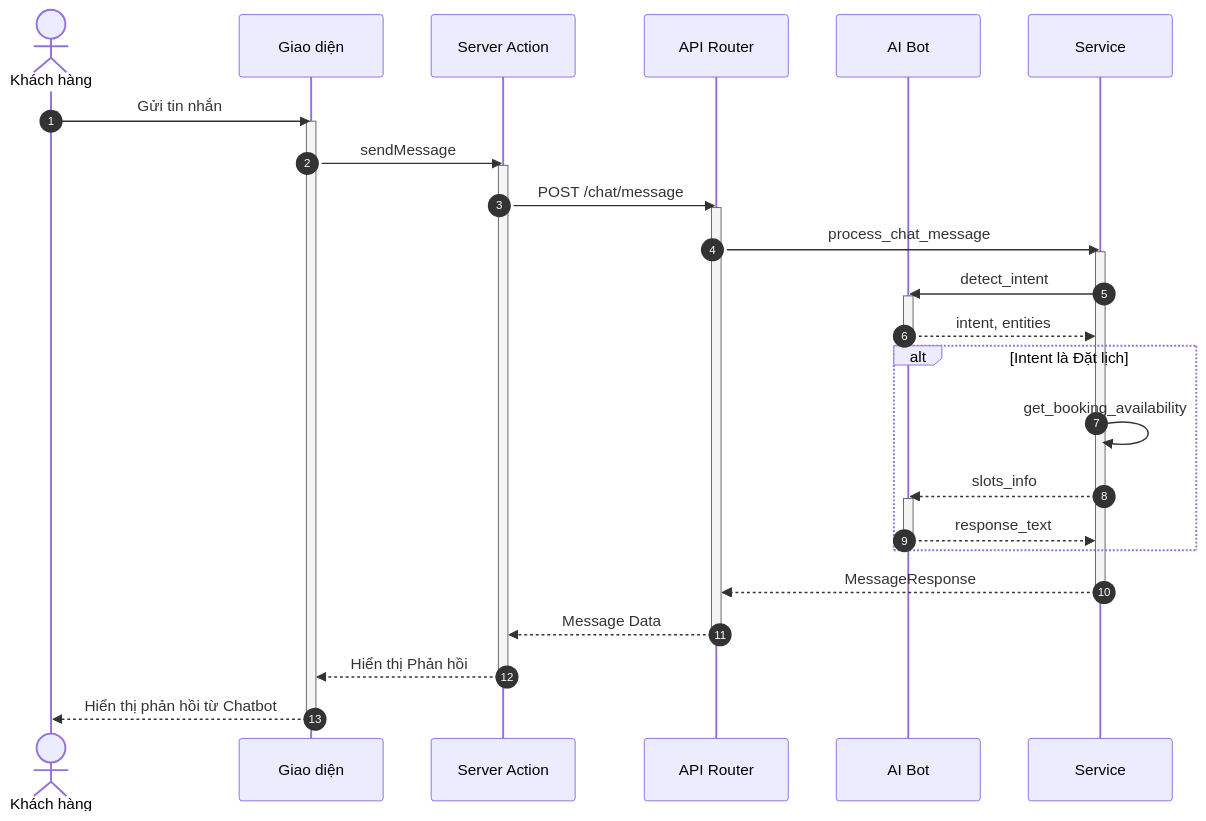
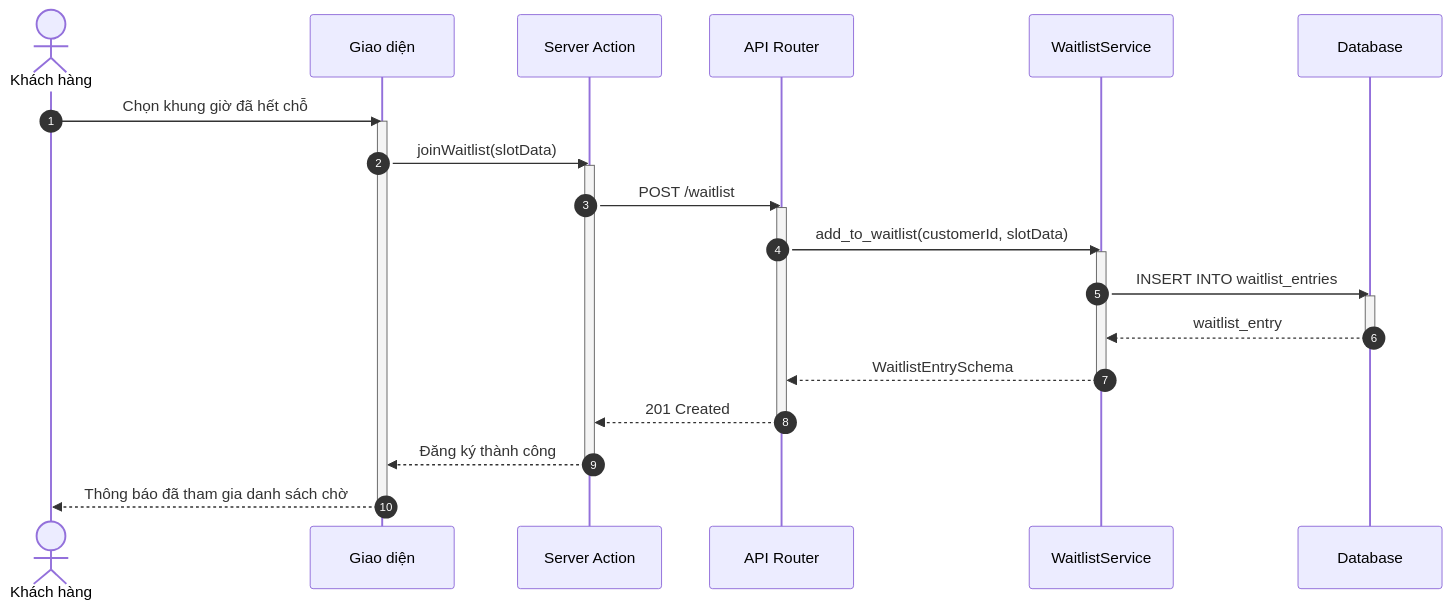
One commit to ngoctinn/Synapse changed the fifth of 9 diagrams in docs/design/sequences/customer_flows.md. Above: the diagram before and after it, drawn with Mermaid. The commit also changed other lines of this file and 11 other files, not shown here.

Commit message:
docs: Add initial design documentation, including architecture, UI, use cases, and detailed sequence diagrams for various user flows.

````diff
--- a/docs/design/sequences/customer_flows.md
+++ b/docs/design/sequences/customer_flows.md
@@ -218,46 +217,38 @@
 ```mermaid
 sequenceDiagram
     autonumber
     actor KH as Khách hàng
     participant UI as Giao diện
     participant BFF as Server Action
     participant API as API Router
-    participant AI as AI Bot
-    participant S as Service
+    participant S as WaitlistService
+    participant DB as Database
 
-    KH->>UI: Gửi tin nhắn
+    KH->>UI: Chọn khung giờ đã hết chỗ
     activate UI
-    UI->>BFF: sendMessage
+    UI->>BFF: joinWaitlist(slotData)
     activate BFF
 
-    BFF->>API: POST /chat/message
+    BFF->>API: POST /waitlist
     activate API
 
-    API->>S: process_chat_message
+    API->>S: add_to_waitlist(customerId, slotData)
     activate S
 
-    S->>AI: detect_intent
-    activate AI
-    AI-->>S: intent, entities
-    deactivate AI
+    S->>DB: INSERT INTO waitlist_entries
+    activate DB
+    DB-->>S: waitlist_entry
+    deactivate DB
 
-    alt Intent là Đặt lịch
-        S->>S: get_booking_availability
-        S-->>AI: slots_info
-        activate AI
-        AI-->>S: response_text
-        deactivate AI
-    end
-
-    S-->>API: MessageResponse
+    S-->>API: WaitlistEntrySchema
     deactivate S
 
-    API-->>BFF: Message Data
+    API-->>BFF: 201 Created
     deactivate API
 
-    BFF-->>UI: Hiển thị Phản hồi
+    BFF-->>UI: Đăng ký thành công
     deactivate BFF
 
-    UI-->>KH: Hiển thị phản hồi từ Chatbot
+    UI-->>KH: Thông báo đã tham gia danh sách chờ
     deactivate UI
 ```
````
